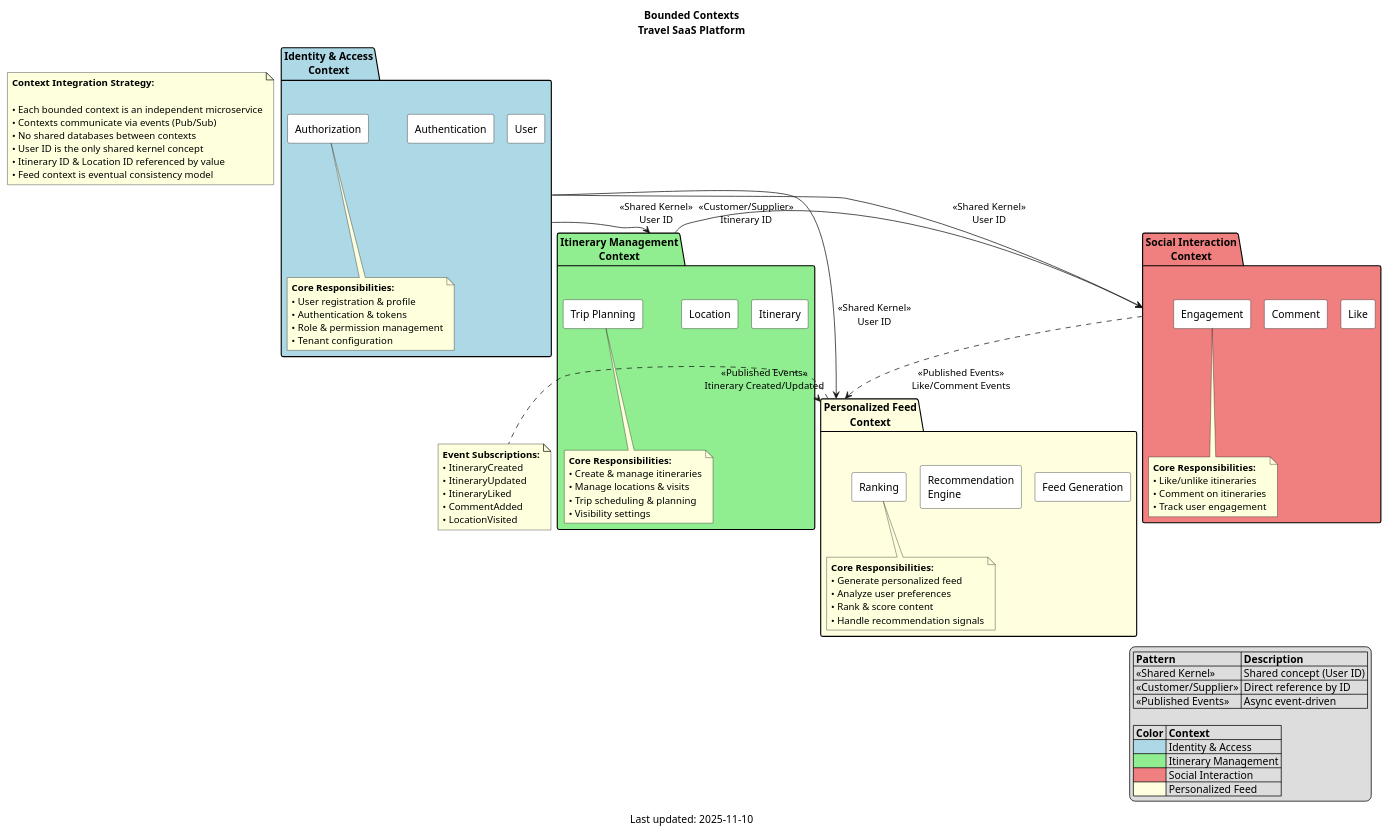
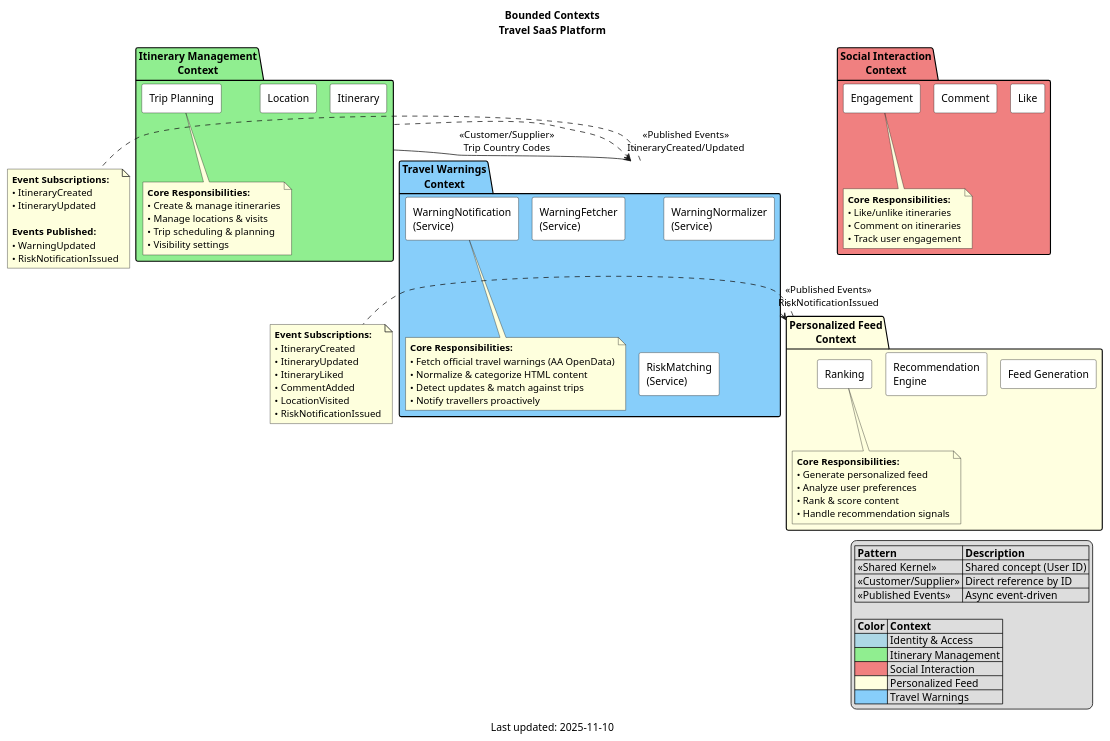
One commit to leotschritter/cad-backend changed the diagram in docs/diagrams/domain/02_domain_model_bounded_contexts.puml. Above: the diagram before and after it, drawn with PlantUML.

Commit message:
docs: add Travel Warnings bounded context to domain model

```diff
--- a/docs/diagrams/domain/02_domain_model_bounded_contexts.puml
+++ b/docs/diagrams/domain/02_domain_model_bounded_contexts.puml
@@ -1,106 +1,157 @@
 @startuml BoundedContexts
 !pragma layout smetana
 
 title Bounded Contexts\nTravel SaaS Platform
 caption Last updated: 2025-11-10
 
-' Define bounded contexts as packages with responsibilities
-package "Identity & Access\nContext" as IdentityContext #LightBlue {
+' ----------------------------------------------------------
+' Existing bounded contexts
+' ----------------------------------------------------------
+
+/'package "Identity & Access\nContext" as IdentityContext #LightBlue {
   rectangle "User" #White
   rectangle "Authentication" #White
   rectangle "Authorization" #White
 
   note bottom
     **Core Responsibilities:**
     • User registration & profile
     • Authentication & tokens
     • Role & permission management
     • Tenant configuration
   end note
-}
+}'/
 
 package "Itinerary Management\nContext" as ItineraryContext #LightGreen {
   rectangle "Itinerary" #White
   rectangle "Location" #White
   rectangle "Trip Planning" #White
 
   note bottom
     **Core Responsibilities:**
     • Create & manage itineraries
     • Manage locations & visits
     • Trip scheduling & planning
     • Visibility settings
   end note
 }
 
 package "Social Interaction\nContext" as SocialContext #LightCoral {
   rectangle "Like" #White
   rectangle "Comment" #White
   rectangle "Engagement" #White
 
   note bottom
     **Core Responsibilities:**
     • Like/unlike itineraries
     • Comment on itineraries
     • Track user engagement
   end note
 }
 
 package "Personalized Feed\nContext" as FeedContext #LightYellow {
   rectangle "Feed Generation" #White
   rectangle "Recommendation\nEngine" #White
   rectangle "Ranking" #White
 
   note bottom
     **Core Responsibilities:**
     • Generate personalized feed
     • Analyze user preferences
     • Rank & score content
     • Handle recommendation signals
   end note
 }
 
-' Context relationships with integration patterns
-IdentityContext -down-> ItineraryContext : <<Shared Kernel>>\nUser ID
+' ----------------------------------------------------------
+' NEW Bounded Context: Travel Warnings
+' ----------------------------------------------------------
+
+package "Travel Warnings\nContext" as WarningContext #LightSkyBlue {
+  rectangle "WarningFetcher\n(Service)" #White
+  rectangle "WarningNormalizer\n(Service)" #White
+  rectangle "RiskMatching\n(Service)" #White
+  rectangle "WarningNotification\n(Service)" #White
+
+  note bottom
+    **Core Responsibilities:**
+    • Fetch official travel warnings (AA OpenData)
+    • Normalize & categorize HTML content
+    • Detect updates & match against trips
+    • Notify travellers proactively
+  end note
+}
+
+' ----------------------------------------------------------
+' Relationships
+' ----------------------------------------------------------
+
+' Identity is shared kernel for user identity
+/'IdentityContext -down-> ItineraryContext : <<Shared Kernel>>\nUser ID
 IdentityContext -down-> SocialContext : <<Shared Kernel>>\nUser ID
-IdentityContext -down-> FeedContext : <<Shared Kernel>>\nUser ID
+IdentityContext -down-> FeedContext : <<Shared Kernel>>\nUser ID'/
 
-ItineraryContext -right-> SocialContext : <<Customer/Supplier>>\nItinerary ID
-ItineraryContext ..> FeedContext : <<Published Events>>\nItinerary Created/Updated
+' Travel warnings need user ID for notifications
+' IdentityContext -right-> WarningContext : <<Shared Kernel>>\nUser ID
 
-SocialContext ..> FeedContext : <<Published Events>>\nLike/Comment Events
+' Itinerary is consumer of warnings (destination matching)
+ItineraryContext -right-> WarningContext : <<Customer/Supplier>>\nTrip Country Codes
+
+' Warning Context publishes events (updates, matches)
+WarningContext ..> FeedContext : <<Published Events>>\nRiskNotificationIssued
+
+' Warning Context subscribes to itinerary events
+ItineraryContext ..> WarningContext : <<Published Events>>\nItineraryCreated/Updated
 
 note right of FeedContext
   **Event Subscriptions:**
   • ItineraryCreated
   • ItineraryUpdated
   • ItineraryLiked
   • CommentAdded
   • LocationVisited
+  • RiskNotificationIssued
 end note
+
+note right of WarningContext
+  **Event Subscriptions:**
+  • ItineraryCreated
+  • ItineraryUpdated
+
+  **Events Published:**
+  • WarningUpdated
+  • RiskNotificationIssued
+end note
+
+' ----------------------------------------------------------
+' Legend
+' ----------------------------------------------------------
 
 legend right
   |= Pattern |= Description |
   | <<Shared Kernel>> | Shared concept (User ID) |
   | <<Customer/Supplier>> | Direct reference by ID |
   | <<Published Events>> | Async event-driven |
 
   |= Color |= Context |
   | <#LightBlue> | Identity & Access |
   | <#LightGreen> | Itinerary Management |
   | <#LightCoral> | Social Interaction |
   | <#LightYellow> | Personalized Feed |
+  | <#LightSkyBlue> | Travel Warnings |
 endlegend
 
-note as ContextNote
+/'note as ContextNote
   **Context Integration Strategy:**
 
   • Each bounded context is an independent microservice
   • Contexts communicate via events (Pub/Sub)
   • No shared databases between contexts
   • User ID is the only shared kernel concept
   • Itinerary ID & Location ID referenced by value
-  • Feed context is eventual consistency model
-end note
+  • Travel Warnings context reacts to itinerary events
+  • Feed context receives notification events for ranking
+  • Eventual consistency for risk alerts
+end note'/
 
 @enduml
```
